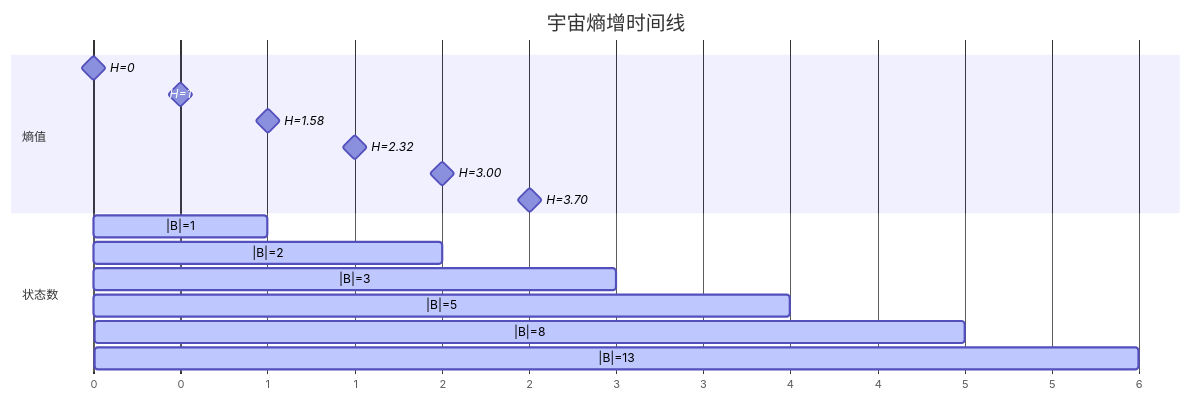
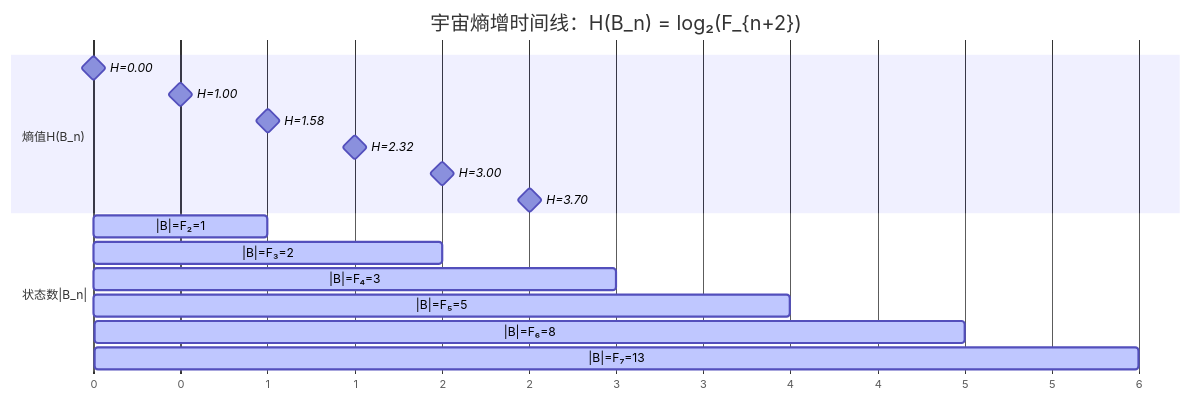
Before and after one commit to loning/zeckendorf-hilbert: the sixth of 13 diagrams in docs/appendix_visual.md, drawn with Mermaid. The commit also changed other lines of this file and 11 other files, not shown here.

````diff
--- a/docs/appendix_visual.md
+++ b/docs/appendix_visual.md
@@ -142,22 +148,22 @@
 ```mermaid
 gantt
-    title 宇宙熵增时间线
+    title 宇宙熵增时间线：H(B_n) = log₂(F_{n+2})
     dateFormat X
     axisFormat %s
     
-    section 熵值
-    H=0    :milestone, 0, 0
-    H=1    :milestone, 1, 1  
-    H=1.58 :milestone, 2, 2
-    H=2.32 :milestone, 3, 3
-    H=3.00 :milestone, 4, 4
-    H=3.70 :milestone, 5, 5
+    section 熵值H(B_n)
+    H=0.00  :milestone, 0, 0
+    H=1.00  :milestone, 1, 1  
+    H=1.58  :milestone, 2, 2
+    H=2.32  :milestone, 3, 3
+    H=3.00  :milestone, 4, 4
+    H=3.70  :milestone, 5, 5
     
-    section 状态数
-    |B|=1  :active, 0, 1
-    |B|=2  :active, 1, 2
-    |B|=3  :active, 2, 3
-    |B|=5  :active, 3, 4
-    |B|=8  :active, 4, 5
-    |B|=13 :active, 5, 6
+    section 状态数|B_n|
+    |B|=F₂=1   :active, 0, 1
+    |B|=F₃=2   :active, 1, 2
+    |B|=F₄=3   :active, 2, 3
+    |B|=F₅=5   :active, 3, 4
+    |B|=F₆=8   :active, 4, 5
+    |B|=F₇=13  :active, 5, 6
 ```
````
